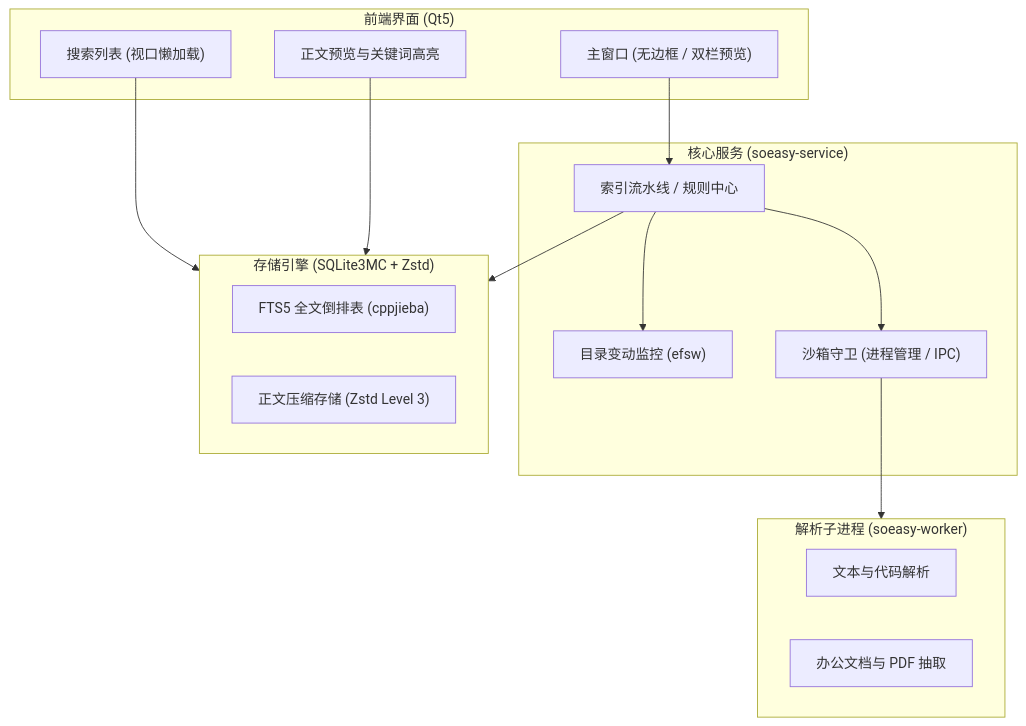
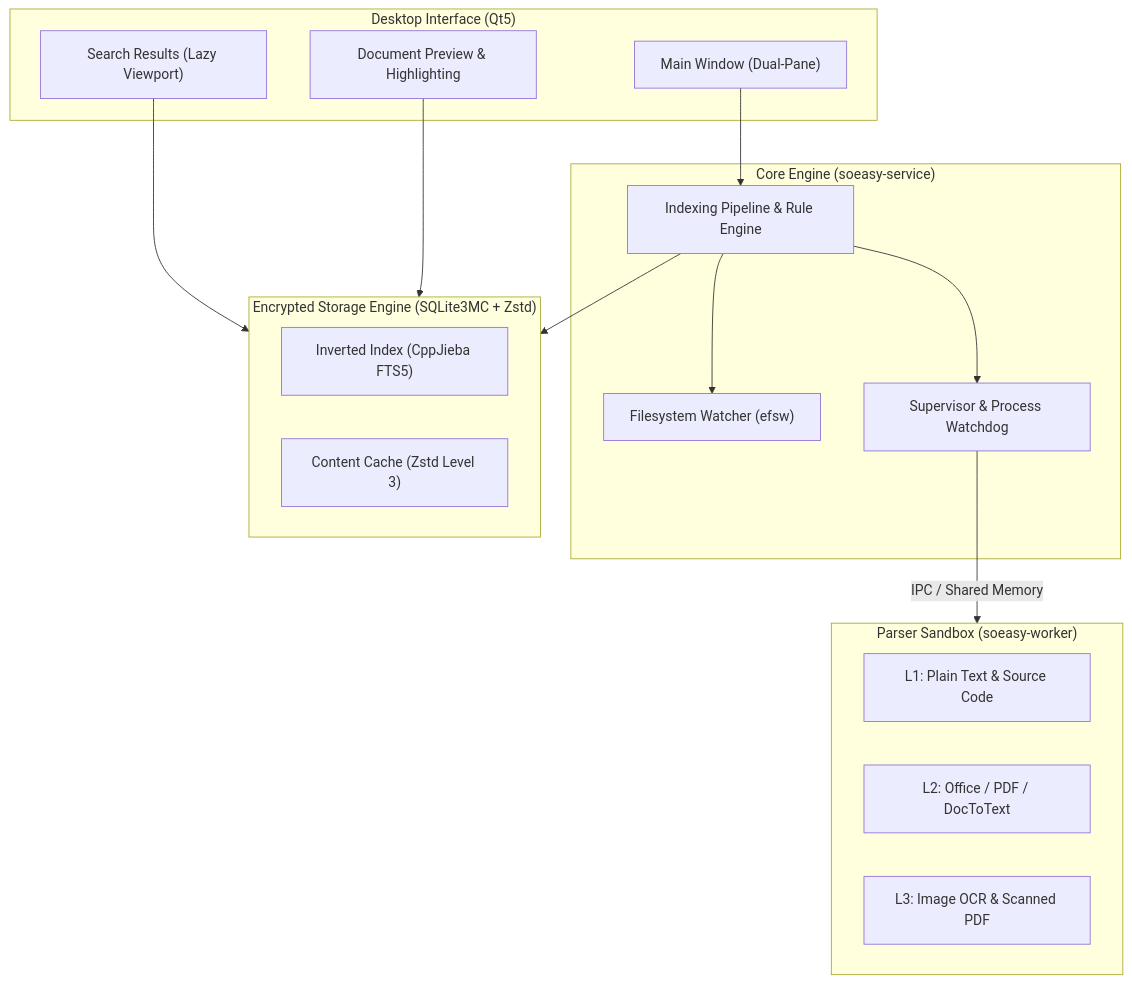
The diagram in README.md (lilucpp/soeasy), drawn with Mermaid before and after one commit. The commit also changed other lines of this file and 5 other files, not shown here.

````diff
--- a/README.md
+++ b/README.md
@@ -18,32 +37,33 @@
 ```mermaid
 flowchart TD
-    subgraph UI ["前端界面 (Qt5)"]
-        MainWindow["主窗口 (无边框 / 双栏预览)"]
-        ResultView["搜索列表 (视口懒加载)"]
-        PreviewPanel["正文预览与关键词高亮"]
+    subgraph UI ["Desktop Interface (Qt5)"]
+        MainWindow["Main Window (Dual-Pane)"]
+        ResultView["Search Results (Lazy Viewport)"]
+        PreviewPanel["Document Preview & Highlighting"]
     end
 
-    subgraph Service ["核心服务 (soeasy-service)"]
-        IndexPipeline["索引流水线 / 规则中心"]
-        WatchEngine["目录变动监控 (efsw)"]
-        WorkerGuard["沙箱守卫 (进程管理 / IPC)"]
+    subgraph Core ["Core Engine (soeasy-service)"]
+        IndexPipeline["Indexing Pipeline & Rule Engine"]
+        WatchEngine["Filesystem Watcher (efsw)"]
+        WorkerGuard["Supervisor & Process Watchdog"]
     end
 
-    subgraph Storage ["存储引擎 (SQLite3MC + Zstd)"]
-        FTS5["FTS5 全文倒排表 (cppjieba)"]
-        DocContents["正文压缩存储 (Zstd Level 3)"]
+    subgraph Sandbox ["Parser Sandbox (soeasy-worker)"]
+        L1["L1: Plain Text & Source Code"]
+        L2["L2: Office / PDF / DocToText"]
+        L3["L3: Image OCR & Scanned PDF"]
     end
 
-    subgraph Workers ["解析子进程 (soeasy-worker)"]
-        L1["文本与代码解析"]
-        L2["办公文档与 PDF 抽取"]
+    subgraph Storage ["Encrypted Storage Engine (SQLite3MC + Zstd)"]
+        FTS5["Inverted Index (CppJieba FTS5)"]
+        CompressedCache["Content Cache (Zstd Level 3)"]
     end
 
     MainWindow --> IndexPipeline
     IndexPipeline --> WatchEngine
     IndexPipeline --> WorkerGuard
-    WorkerGuard --> Workers
+    WorkerGuard -- IPC / Shared Memory --> Sandbox
     IndexPipeline --> Storage
     ResultView --> Storage
     PreviewPanel --> Storage
 ```
````
